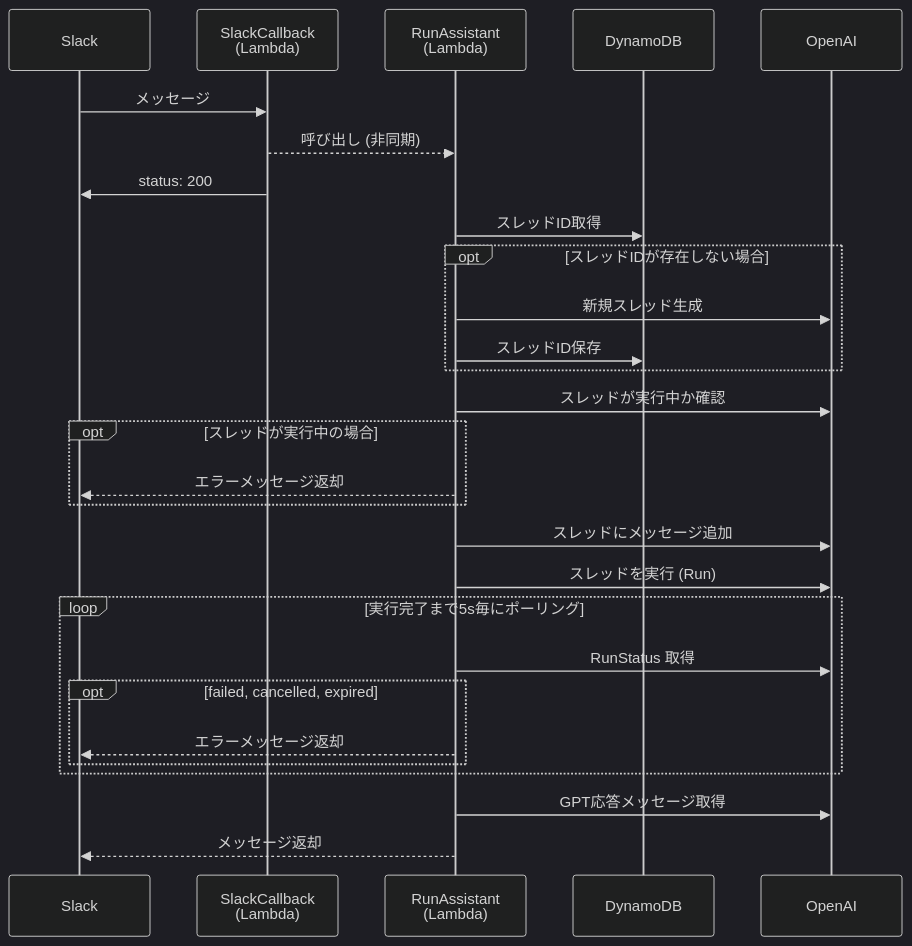
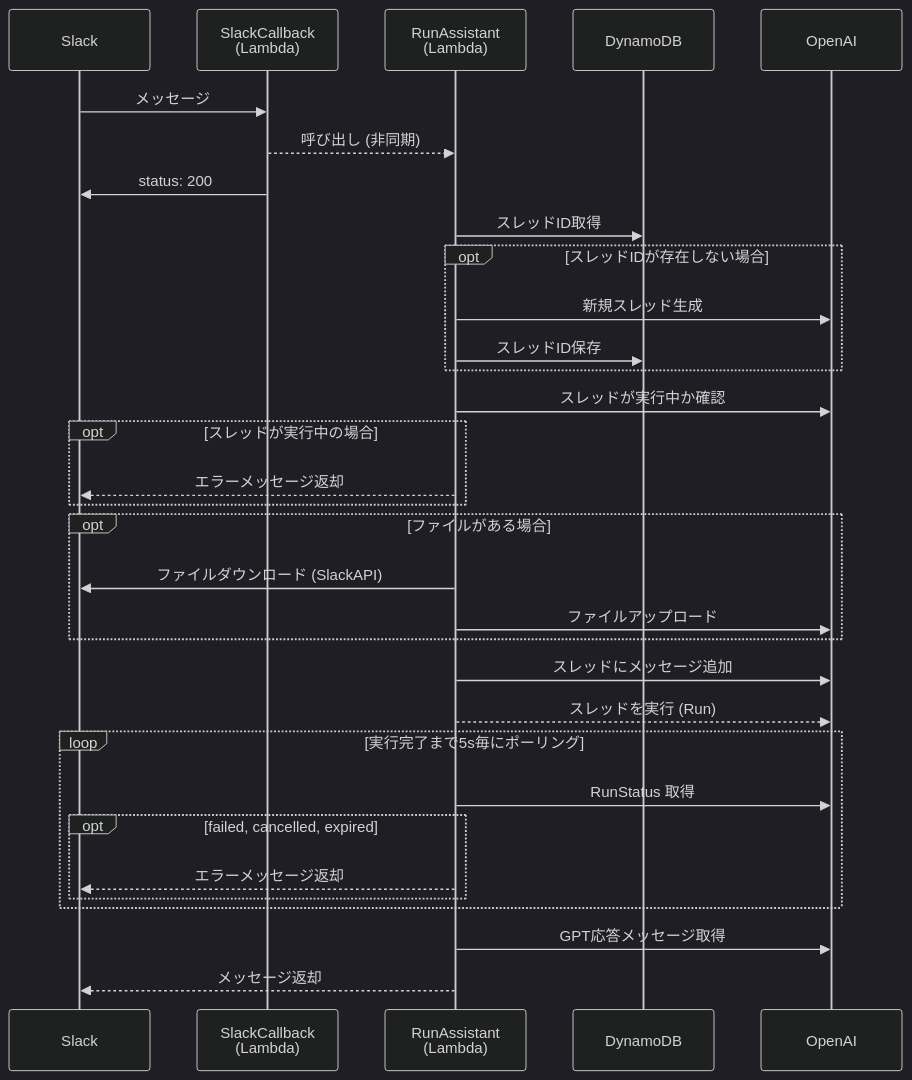
Before and after one commit to taroshun32/slack-chatbot-with-openai-assistant: the diagram in README.md, drawn with Mermaid (dark theme).

Commit message:
update flow

````diff
--- a/README.md
+++ b/README.md
@@ -4,31 +4,35 @@
 ```mermaid
 sequenceDiagram
     participant Slack
     participant Callback as SlackCallback<br>(Lambda)
     participant Assistant as RunAssistant<br>(Lambda)
     participant DynamoDB
     participant OpenAI
 
     Slack->>Callback: メッセージ
     Callback-->>Assistant: 呼び出し (非同期)
     Callback->>Slack: status: 200
     Assistant->>DynamoDB: スレッドID取得
     opt スレッドIDが存在しない場合
         Assistant->>OpenAI: 新規スレッド生成
         Assistant->>DynamoDB: スレッドID保存
     end
     Assistant->>OpenAI: スレッドが実行中か確認
     opt スレッドが実行中の場合
         Assistant-->>Slack: エラーメッセージ返却
     end
+    opt ファイルがある場合
+        Assistant->>Slack: ファイルダウンロード (SlackAPI)
+        Assistant->>OpenAI: ファイルアップロード
+    end
     Assistant->>OpenAI: スレッドにメッセージ追加
-    Assistant->>OpenAI: スレッドを実行 (Run)
+    Assistant-->>OpenAI: スレッドを実行 (Run)
     loop 実行完了まで5s毎にポーリング
         Assistant->>OpenAI: RunStatus 取得
         opt failed, cancelled, expired
             Assistant-->>Slack: エラーメッセージ返却
         end
     end
     Assistant->>OpenAI: GPT応答メッセージ取得
     Assistant-->>Slack: メッセージ返却
 ```
````
